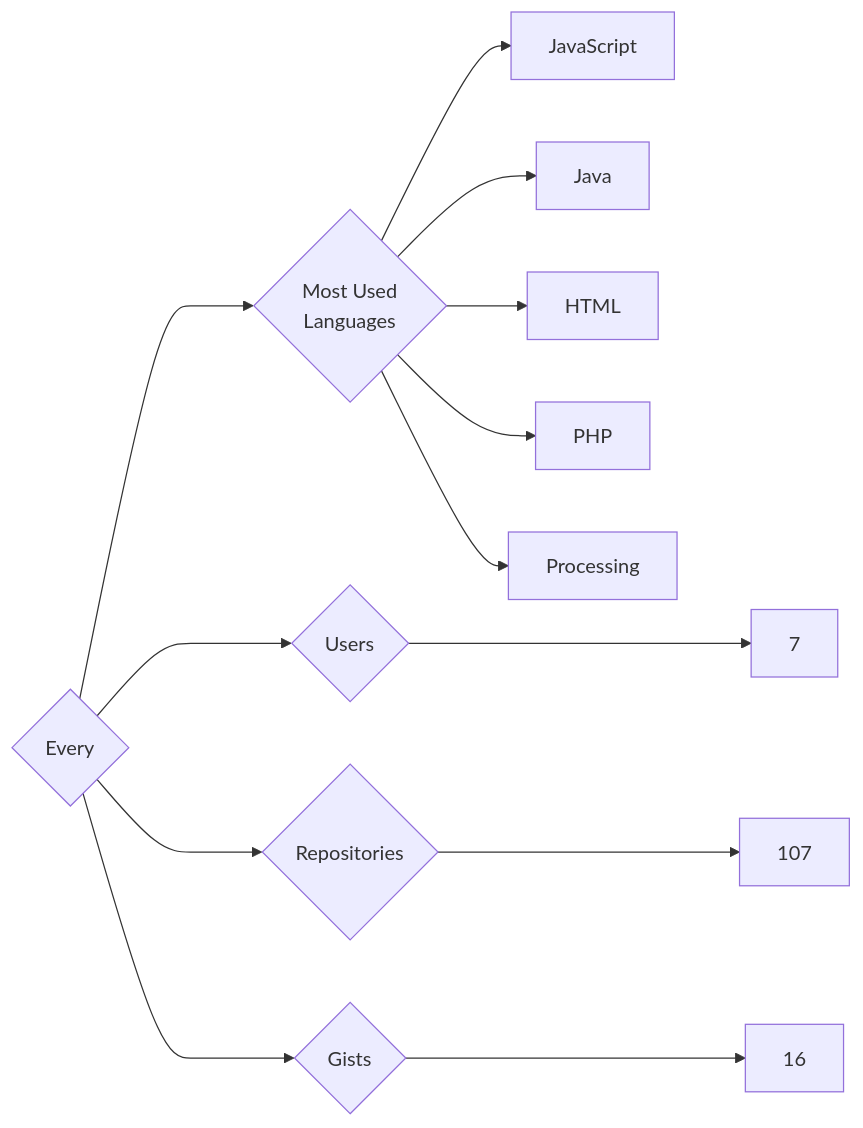
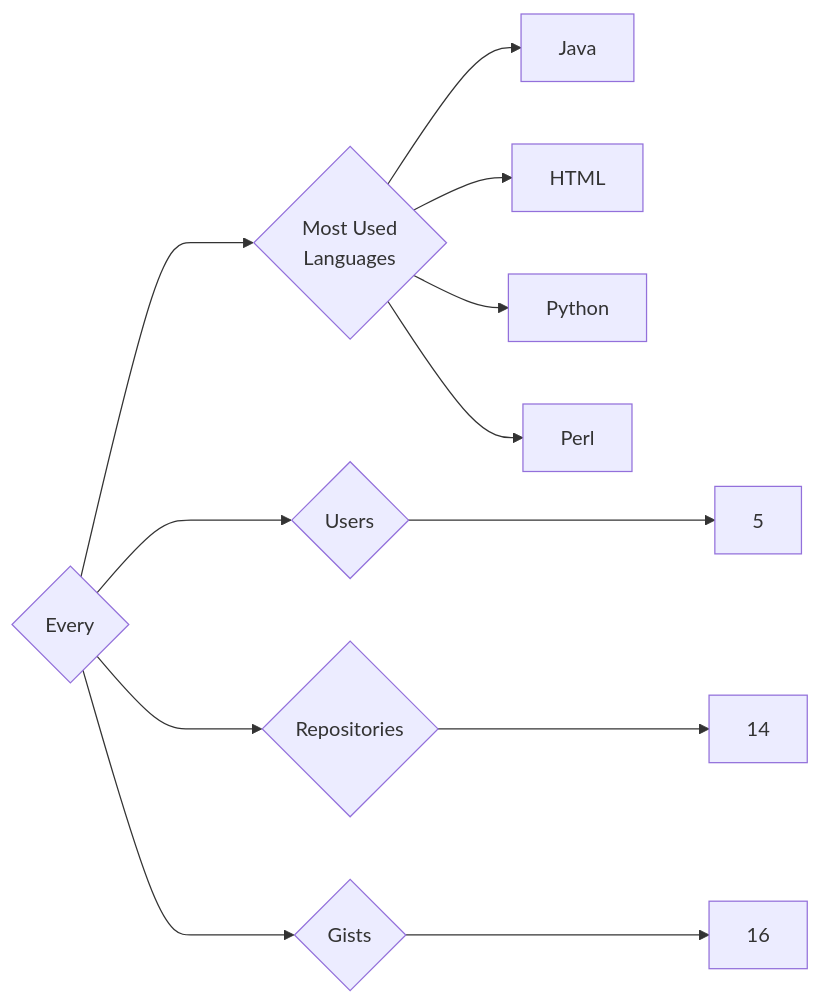
One commit to trickest/insiders changed the diagram in targets/Every/README.md. Above: the diagram before and after it, drawn with Mermaid. The commit also changed 984 other files, not shown here.

````diff
--- a/targets/Every/README.md
+++ b/targets/Every/README.md
@@ -3,13 +3,12 @@
 ```mermaid
 graph LR
 COMPANY_NAME{Every}
-COMPANY_NAME ---> U{Users} ---> UN[7]
-COMPANY_NAME ---> R{Repositories} ---> RN[107]
+COMPANY_NAME ---> U{Users} ---> UN[5]
+COMPANY_NAME ---> R{Repositories} ---> RN[14]
 COMPANY_NAME ---> G{Gists} ---> GN[16]
 COMPANY_NAME ---> ML{Most Used<br>Languages}
-ML --> JavaScript[JavaScript]
 ML --> Java[Java]
 ML --> HTML[HTML]
-ML --> PHP[PHP]
-ML --> Processing[Processing]
+ML --> Python[Python]
+ML --> Perl[Perl]
 ```
````
